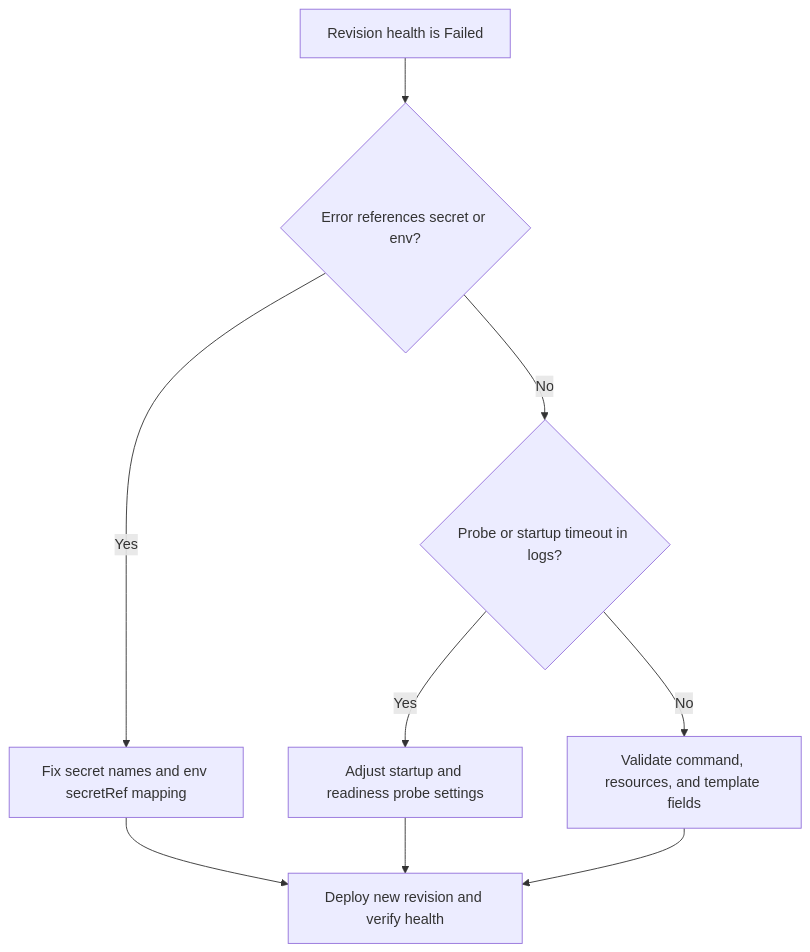
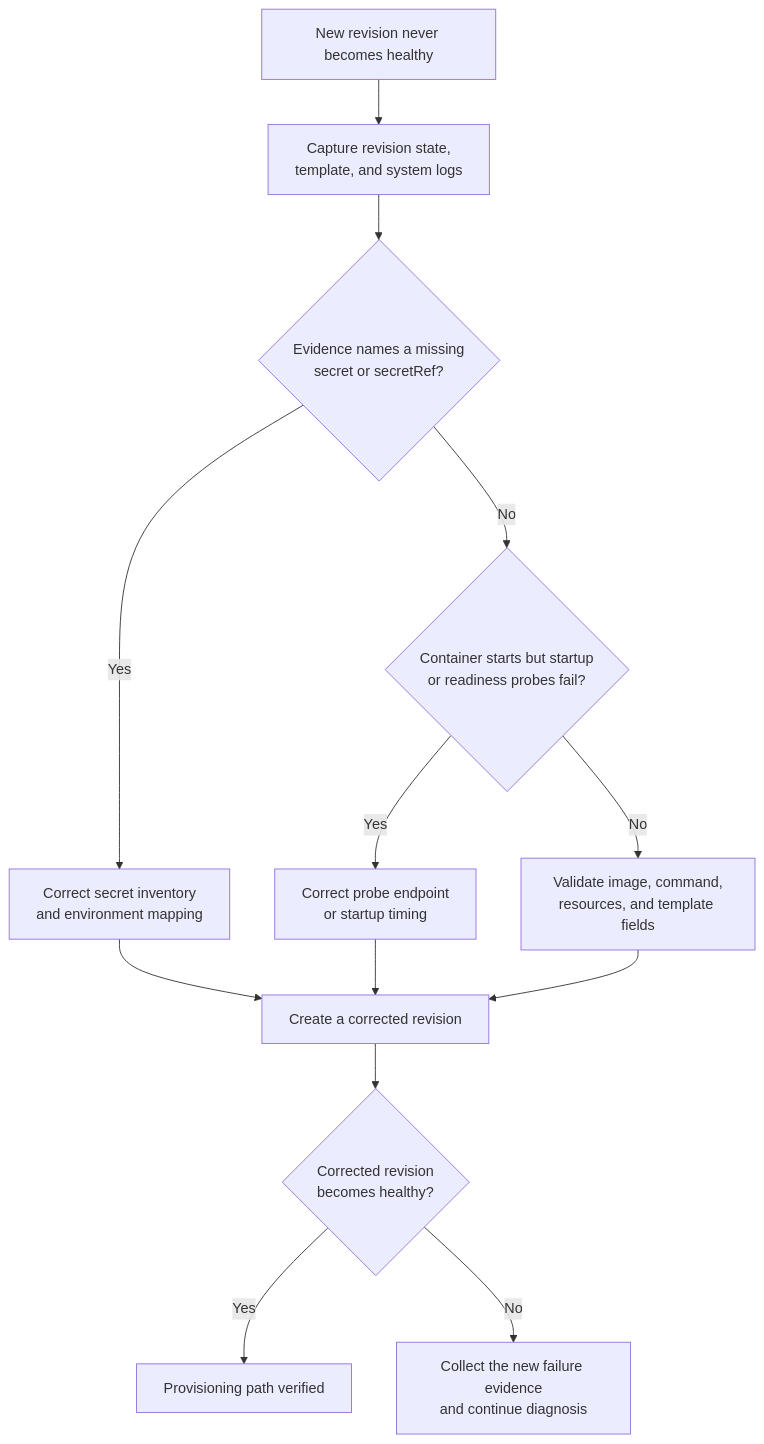
The diagram in docs/troubleshooting/playbooks/startup-and-provisioning/revision-provisioning-failure.md (yeongseon/azure-container-apps-practical-guide), drawn with Mermaid before and after one commit. The commit also changed other lines of this file and 19 other files, not shown here.

First line of the commit message:
docs(diagrams): migrate remaining troubleshooting diagrams (#629)

````diff
--- a/docs/troubleshooting/playbooks/startup-and-provisioning/revision-provisioning-failure.md
+++ b/docs/troubleshooting/playbooks/startup-and-provisioning/revision-provisioning-failure.md
@@ -38,11 +38,30 @@
 ```mermaid
 flowchart TD
-    A[Revision health is Failed] --> B{Error references secret or env?}
-    B -->|Yes| C[Fix secret names and env secretRef mapping]
-    B -->|No| D{Probe or startup timeout in logs?}
-    D -->|Yes| E[Adjust startup and readiness probe settings]
-    D -->|No| F[Validate command, resources, and template fields]
-    C --> G[Deploy new revision and verify health]
-    E --> G
-    F --> G
+    accTitle: Diagnose a revision provisioning failure
+    accDescr: Separate control-plane acceptance from runtime readiness, then branch on secret resolution, startup probes, and remaining template or image evidence before creating a corrected revision.
+
+    START[New revision never becomes healthy]
+    EVIDENCE[Capture revision state,<br/>template, and system logs]
+    SECRET{Evidence names a missing<br/>secret or secretRef?}
+    FIX_SECRET[Correct secret inventory<br/>and environment mapping]
+    PROBE{Container starts but startup<br/>or readiness probes fail?}
+    FIX_PROBE[Correct probe endpoint<br/>or startup timing]
+    TEMPLATE[Validate image, command,<br/>resources, and template fields]
+    REDEPLOY[Create a corrected revision]
+    HEALTHY{Corrected revision<br/>becomes healthy?}
+    DONE[Provisioning path verified]
+    ESCALATE[Collect the new failure evidence<br/>and continue diagnosis]
+
+    START --> EVIDENCE
+    EVIDENCE --> SECRET
+    SECRET -->|Yes| FIX_SECRET
+    SECRET -->|No| PROBE
+    PROBE -->|Yes| FIX_PROBE
+    PROBE -->|No| TEMPLATE
+    FIX_SECRET --> REDEPLOY
+    FIX_PROBE --> REDEPLOY
+    TEMPLATE --> REDEPLOY
+    REDEPLOY --> HEALTHY
+    HEALTHY -->|Yes| DONE
+    HEALTHY -->|No| ESCALATE
 ```
````
